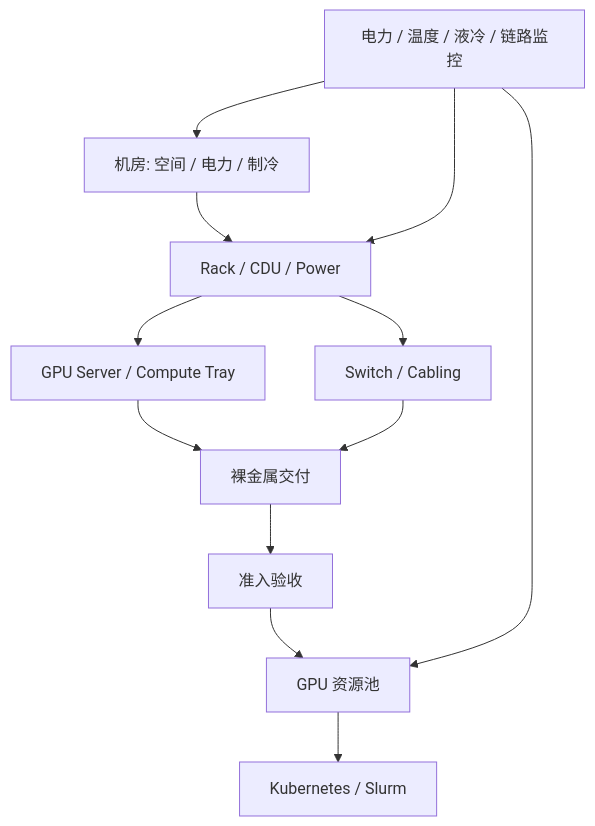
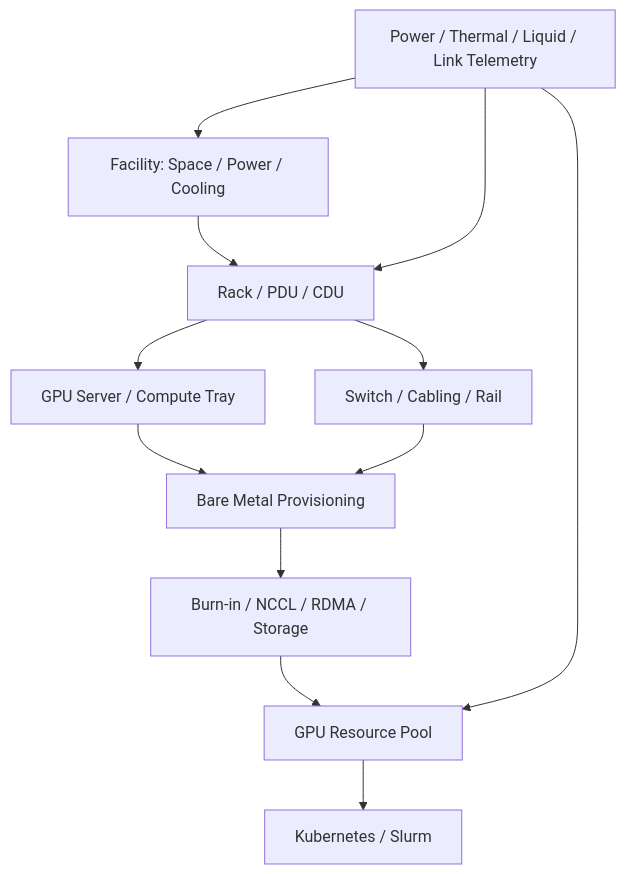
Before and after one commit to ikingye/ai-factory-engineering: the diagram in docs/part-08-physical-infrastructure/chapter-36-ai-datacenter-engineering.md, drawn with Mermaid. The commit also changed other lines of this file and 2 other files, not shown here.

````diff
--- a/docs/part-08-physical-infrastructure/chapter-36-ai-datacenter-engineering.md
+++ b/docs/part-08-physical-infrastructure/chapter-36-ai-datacenter-engineering.md
@@ -23,14 +47,14 @@
 ```mermaid
 flowchart TB
-  Facility["机房: 空间 / 电力 / 制冷"] --> Rack["Rack / CDU / Power"]
+  Facility["Facility: Space / Power / Cooling"] --> Rack["Rack / PDU / CDU"]
   Rack --> Server["GPU Server / Compute Tray"]
-  Rack --> Network["Switch / Cabling"]
-  Server --> Provision["裸金属交付"]
+  Rack --> Network["Switch / Cabling / Rail"]
+  Server --> Provision["Bare Metal Provisioning"]
   Network --> Provision
-  Provision --> Acceptance["准入验收"]
-  Acceptance --> Pool["GPU 资源池"]
+  Provision --> Acceptance["Burn-in / NCCL / RDMA / Storage"]
+  Acceptance --> Pool["GPU Resource Pool"]
   Pool --> Scheduler["Kubernetes / Slurm"]
-  Telemetry["电力 / 温度 / 液冷 / 链路监控"] --> Facility
+  Telemetry["Power / Thermal / Liquid / Link Telemetry"] --> Facility
   Telemetry --> Rack
   Telemetry --> Pool
 ```
````
